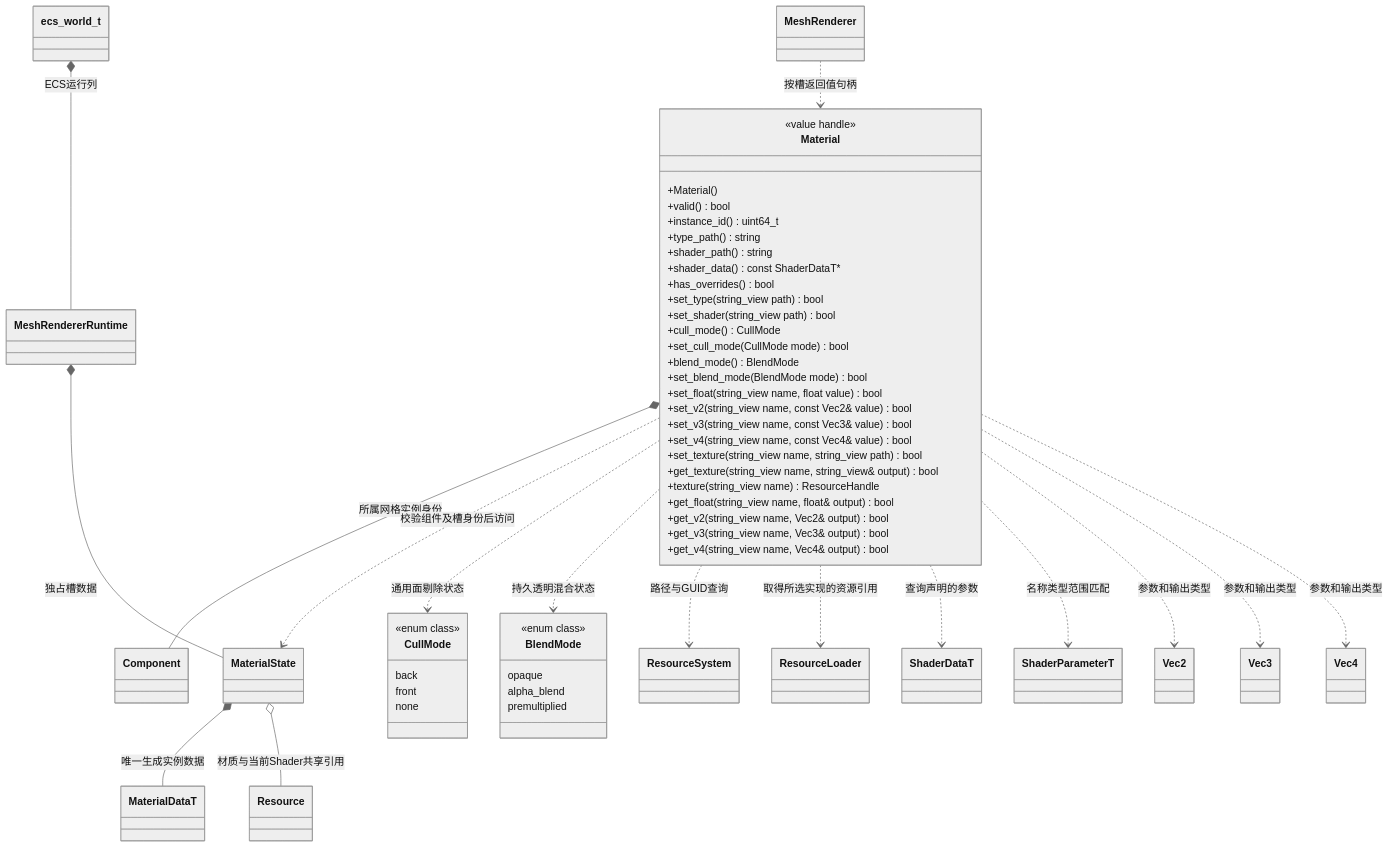
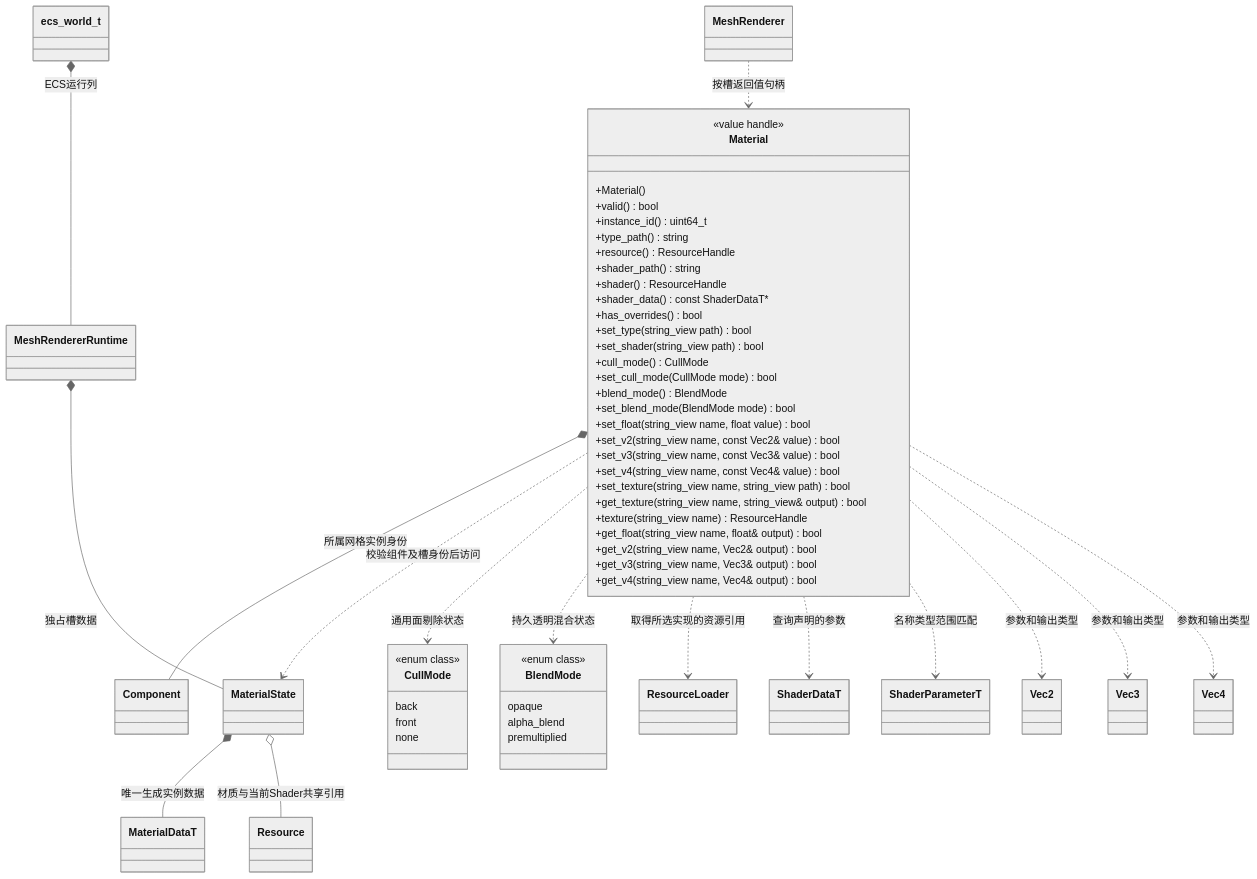
One commit to lcals/Engine changed the diagram in docs/runtime/class-diagrams/material.md. Above: the diagram before and after it, drawn with Mermaid (neutral theme). The commit also changed other lines of this file and 244 other files, not shown here.

````diff
--- a/docs/runtime/class-diagrams/material.md
+++ b/docs/runtime/class-diagrams/material.md
@@ -5,72 +5,72 @@
 ```mermaid
 classDiagram
     class Material {
         <<value handle>>
         +Material()
         +valid() bool
         +instance_id() uint64_t
         +type_path() string
+        +resource() ResourceHandle
         +shader_path() string
+        +shader() ResourceHandle
         +shader_data() const ShaderDataT#42;
         +has_overrides() bool
         +set_type(string_view path) bool
         +set_shader(string_view path) bool
         +cull_mode() CullMode
         +set_cull_mode(CullMode mode) bool
         +blend_mode() BlendMode
         +set_blend_mode(BlendMode mode) bool
         +set_float(string_view name, float value) bool
         +set_v2(string_view name, const Vec2& value) bool
         +set_v3(string_view name, const Vec3& value) bool
         +set_v4(string_view name, const Vec4& value) bool
         +set_texture(string_view name, string_view path) bool
         +get_texture(string_view name, string_view& output) bool
         +texture(string_view name) ResourceHandle
         +get_float(string_view name, float& output) bool
         +get_v2(string_view name, Vec2& output) bool
         +get_v3(string_view name, Vec3& output) bool
         +get_v4(string_view name, Vec4& output) bool
     }
     class MeshRenderer
     class Component
     class MaterialState
     class MeshRendererRuntime
     class ecs_world_t
-    class ResourceSystem
     class ResourceLoader
     class Resource
     class MaterialDataT
     class CullMode {
         <<enum class>>
         back
         front
         none
     }
     class BlendMode {
         <<enum class>>
         opaque
         alpha_blend
         premultiplied
     }
     class ShaderDataT
     class ShaderParameterT
     class Vec2
     class Vec3
     class Vec4
     MeshRenderer ..> Material : 按槽返回值句柄
     Material *-- Component : 所属网格实例身份
     Material ..> MaterialState : 校验组件及槽身份后访问
     ecs_world_t *-- MeshRendererRuntime : ECS运行列
     MeshRendererRuntime *-- MaterialState : 独占槽数据
     MaterialState *-- MaterialDataT : 唯一生成实例数据
     Material ..> CullMode : 通用面剔除状态
     Material ..> BlendMode : 持久透明混合状态
-    Material ..> ResourceSystem : 路径与GUID查询
     Material ..> ResourceLoader : 取得所选实现的资源引用
     MaterialState o-- Resource : 材质与当前Shader共享引用
     Material ..> ShaderDataT : 查询声明的参数
     Material ..> ShaderParameterT : 名称类型范围匹配
     Material ..> Vec2 : 参数和输出类型
     Material ..> Vec3 : 参数和输出类型
     Material ..> Vec4 : 参数和输出类型
 ```
````
